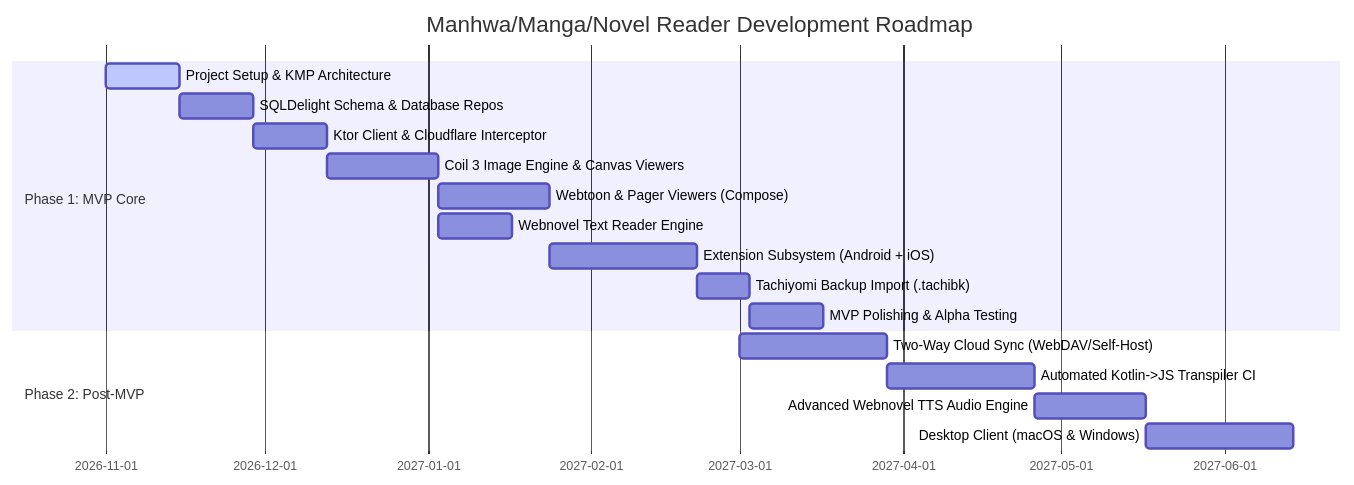
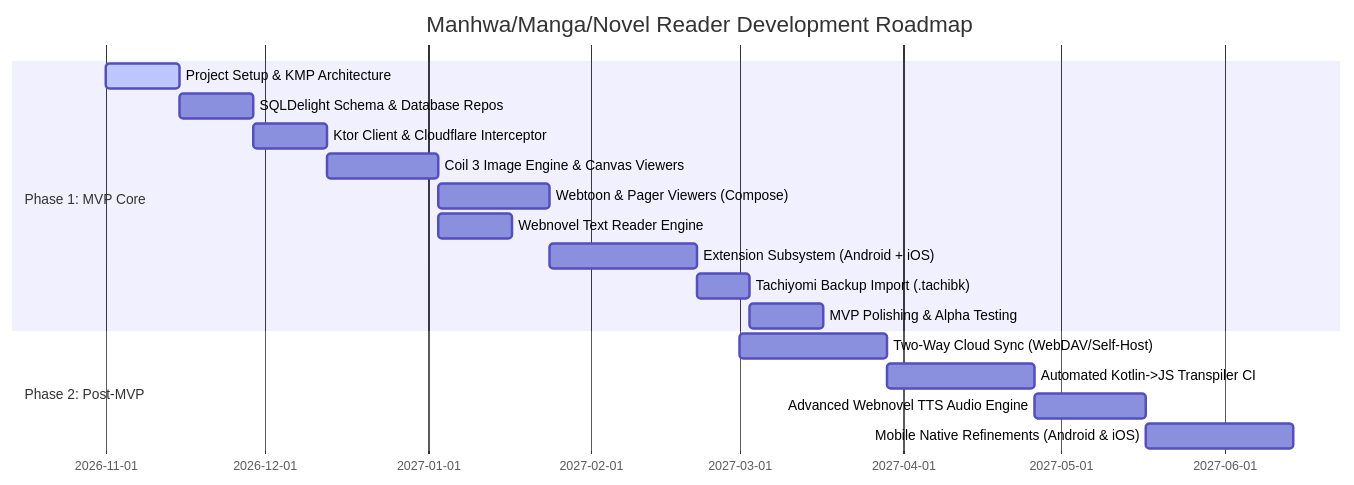
One commit to sujalmallick/Dokuha-To-read-all-the-way-through changed the fifth of 6 diagrams in project_report.md. Above: the diagram before and after it, drawn with Mermaid. The commit also changed other lines of this file and 64 other files, not shown here.

````diff
--- a/project_report.md
+++ b/project_report.md
@@ -373,21 +373,21 @@
 ```mermaid
 gantt
     title Manhwa/Manga/Novel Reader Development Roadmap
     dateFormat  YYYY-MM-DD
     section Phase 1: MVP Core
     Project Setup & KMP Architecture     :active, p1, 2026-11-01, 14d
     SQLDelight Schema & Database Repos    :p2, after p1, 14d
     Ktor Client & Cloudflare Interceptor :p3, after p2, 14d
     Coil 3 Image Engine & Canvas Viewers :p4, after p3, 21d
     Webtoon & Pager Viewers (Compose)   :p5, after p4, 21d
     Webnovel Text Reader Engine          :p6, after p4, 14d
     Extension Subsystem (Android + iOS) :p7, after p5, 28d
     Tachiyomi Backup Import (.tachibk)   :p8, after p7, 10d
     MVP Polishing & Alpha Testing        :p9, after p8, 14d
 
     section Phase 2: Post-MVP
     Two-Way Cloud Sync (WebDAV/Self-Host):p10, 2027-03-01, 28d
     Automated Kotlin->JS Transpiler CI  :p11, after p10, 28d
     Advanced Webnovel TTS Audio Engine   :p12, after p11, 21d
-    Desktop Client (macOS & Windows)     :p13, after p12, 28d
+    Mobile Native Refinements (Android & iOS):p13, after p12, 28d
 ```
````
